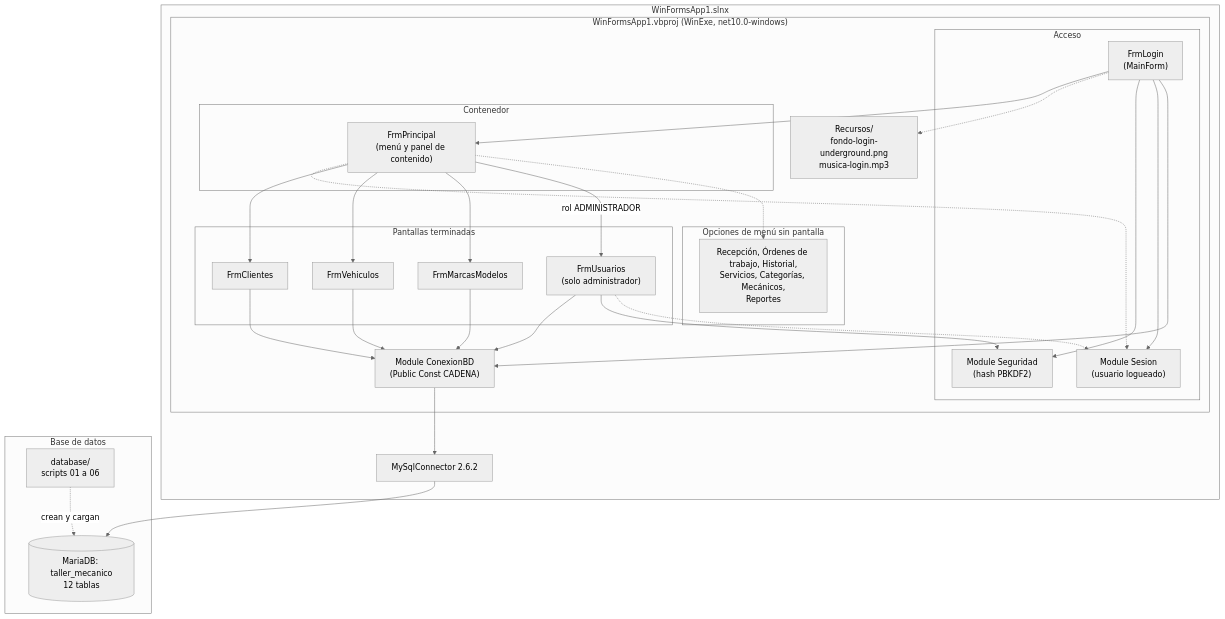
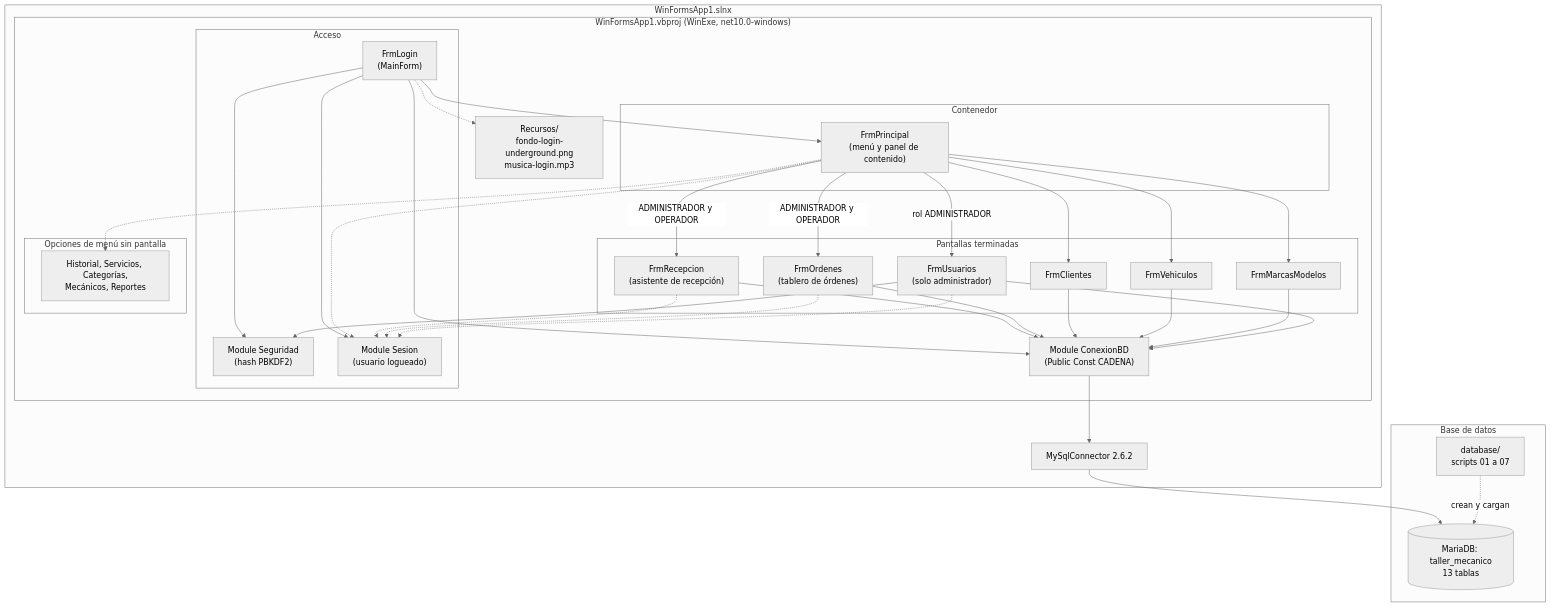
Before and after one commit to MedinaLucas1996/taller-mecanico: the first of 3 diagrams in doc/Docu.md, drawn with Mermaid (neutral theme). The commit also changed other lines of this file and 5 other files, not shown here.

````diff
--- a/doc/Docu.md
+++ b/doc/Docu.md
@@ -59,53 +71,61 @@
 ```mermaid
 graph TD
     subgraph Solucion["WinFormsApp1.slnx"]
         subgraph Proyecto["WinFormsApp1.vbproj (WinExe, net10.0-windows)"]
             subgraph Acceso["Acceso"]
                 Login["FrmLogin<br/>(MainForm)"]
                 Seguridad["Module Seguridad<br/>(hash PBKDF2)"]
                 Sesion["Module Sesion<br/>(usuario logueado)"]
             end
             subgraph Contenedor["Contenedor"]
                 Principal["FrmPrincipal<br/>(menú y panel de contenido)"]
             end
             subgraph Terminadas["Pantallas terminadas"]
                 Clientes["FrmClientes"]
                 Vehiculos["FrmVehiculos"]
                 Marcas["FrmMarcasModelos"]
                 Usuarios["FrmUsuarios<br/>(solo administrador)"]
+                Recepcion["FrmRecepcion<br/>(asistente de recepción)"]
+                Ordenes["FrmOrdenes<br/>(tablero de órdenes)"]
             end
             subgraph Pendientes["Opciones de menú sin pantalla"]
-                Pend["Recepción, Órdenes de trabajo, Historial,<br/>Servicios, Categorías, Mecánicos,<br/>Reportes"]
+                Pend["Historial, Servicios, Categorías,<br/>Mecánicos, Reportes"]
             end
             Conexion["Module ConexionBD<br/>(Public Const CADENA)"]
             Recursos["Recursos/<br/>fondo-login-underground.png<br/>musica-login.mp3"]
         end
         Driver["MySqlConnector 2.6.2"]
     end
 
     subgraph Datos["Base de datos"]
-        DB[("MariaDB: taller_mecanico<br/>12 tablas")]
-        Scripts["database/<br/>scripts 01 a 06"]
+        DB[("MariaDB: taller_mecanico<br/>13 tablas")]
+        Scripts["database/<br/>scripts 01 a 07"]
     end
 
     Login --> Principal
     Login -.-> Recursos
     Login --> Seguridad
     Login --> Sesion
     Login --> Conexion
     Principal -.-> Sesion
     Principal --> Clientes
     Principal --> Vehiculos
     Principal --> Marcas
     Principal -->|"rol ADMINISTRADOR"| Usuarios
+    Principal -->|"ADMINISTRADOR y OPERADOR"| Recepcion
+    Principal -->|"ADMINISTRADOR y OPERADOR"| Ordenes
     Principal -.-> Pend
+    Recepcion --> Conexion
+    Recepcion -.-> Sesion
+    Ordenes --> Conexion
+    Ordenes -.-> Sesion
     Clientes --> Conexion
     Vehiculos --> Conexion
     Marcas --> Conexion
     Usuarios --> Conexion
     Usuarios --> Seguridad
     Usuarios -.-> Sesion
     Conexion --> Driver
     Driver --> DB
     Scripts -.->|"crean y cargan"| DB
 ```
````
